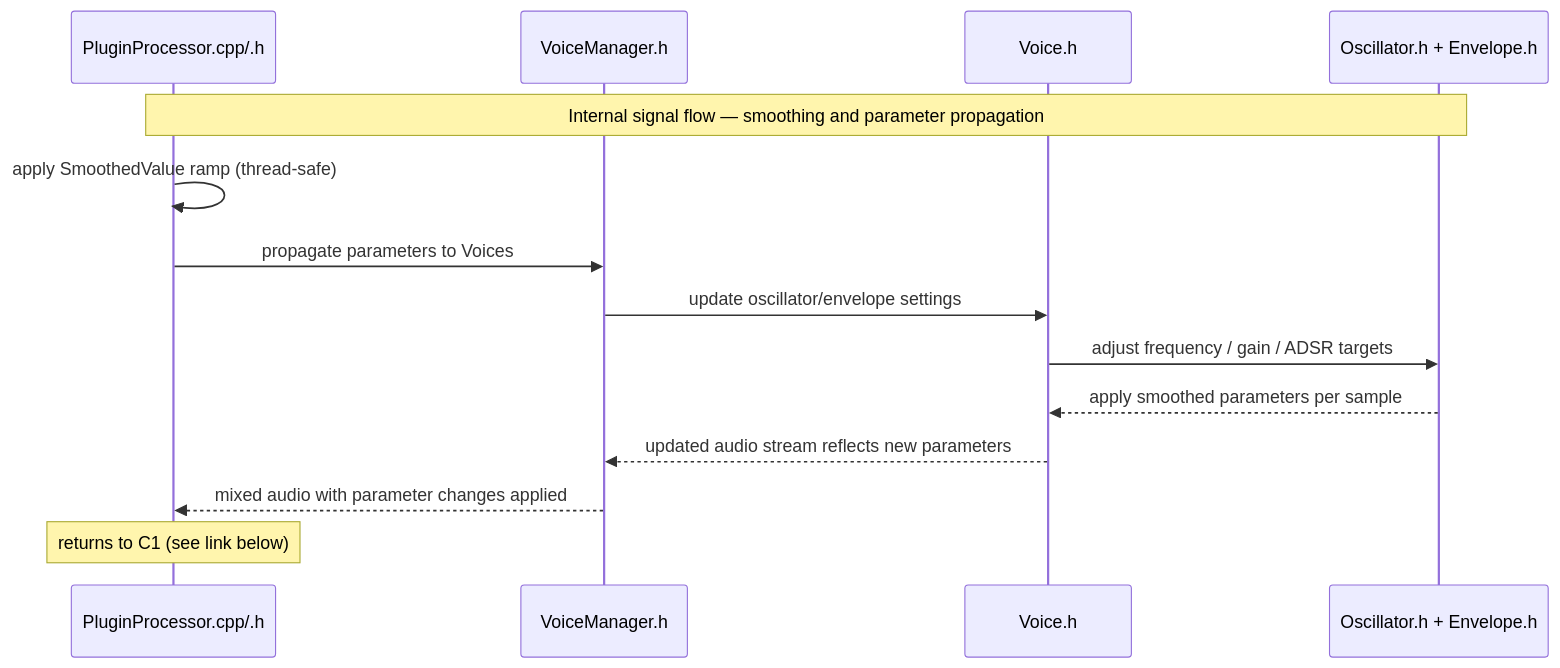
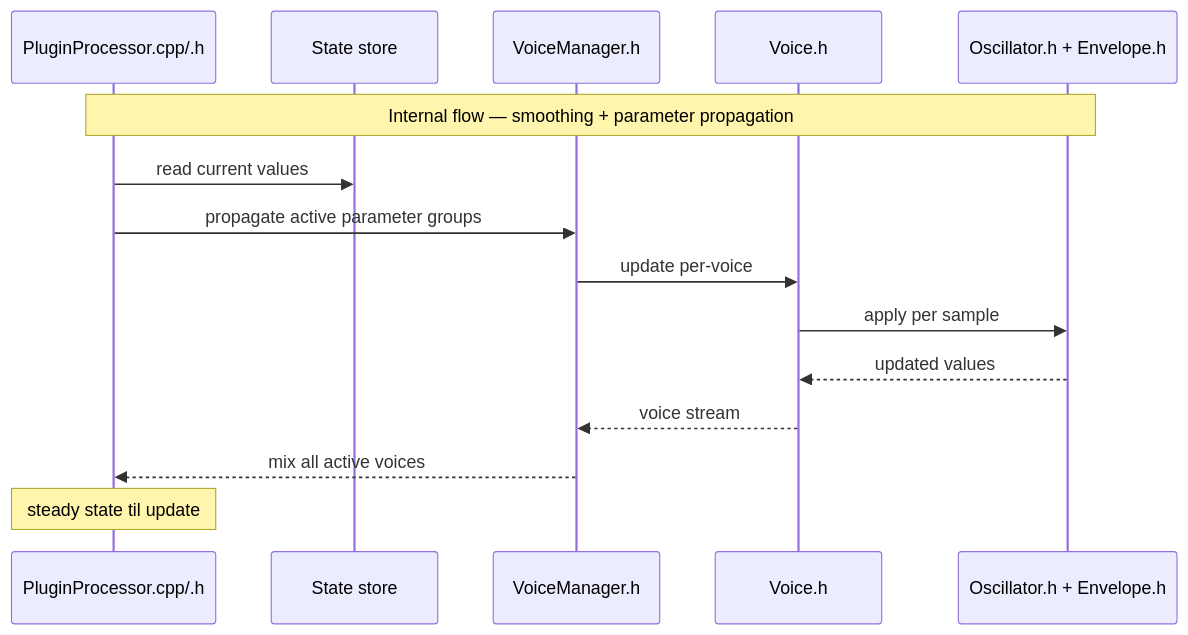
One commit to TYLERSFOSTER/MIDIControl001 changed the sixth of 11 diagrams in docs/architecture.md. Above: the diagram before and after it, drawn with Mermaid. The commit also changed other lines of this file, not shown here.

Commit message:
update architecture

````diff
--- a/docs/architecture.md
+++ b/docs/architecture.md
@@ -179,17 +190,19 @@
 ```mermaid
 sequenceDiagram
-participant PluginProcessor as PluginProcessor.cpp/.h
+participant Processor as PluginProcessor.cpp/.h
+participant APVTS as State store
 participant VoiceManager as VoiceManager.h
 participant Voice as Voice.h
 participant DSP as Oscillator.h + Envelope.h
 
-Note over PluginProcessor,DSP: Internal signal flow — smoothing and parameter propagation
-PluginProcessor->>PluginProcessor: apply SmoothedValue ramp (thread-safe)
-PluginProcessor->>VoiceManager: propagate parameters to Voices
-VoiceManager->>Voice: update oscillator/envelope settings
-Voice->>DSP: adjust frequency / gain / ADSR targets
-DSP-->>Voice: apply smoothed parameters per sample
-Voice-->>VoiceManager: updated audio stream reflects new parameters
-VoiceManager-->>PluginProcessor: mixed audio with parameter changes applied
-Note over PluginProcessor: returns to C1 (see link below)
+Note over Processor,DSP: Internal flow — smoothing + parameter propagation
+Processor->>APVTS: read current values
+Processor->>VoiceManager: propagate active parameter groups
+VoiceManager->>Voice: update per-voice
+Voice->>DSP: apply per sample
+DSP-->>Voice: updated values
+Voice-->>VoiceManager: voice stream
+VoiceManager-->>Processor: mix all active voices
+Note over Processor: steady state til update
+
 ```
````
